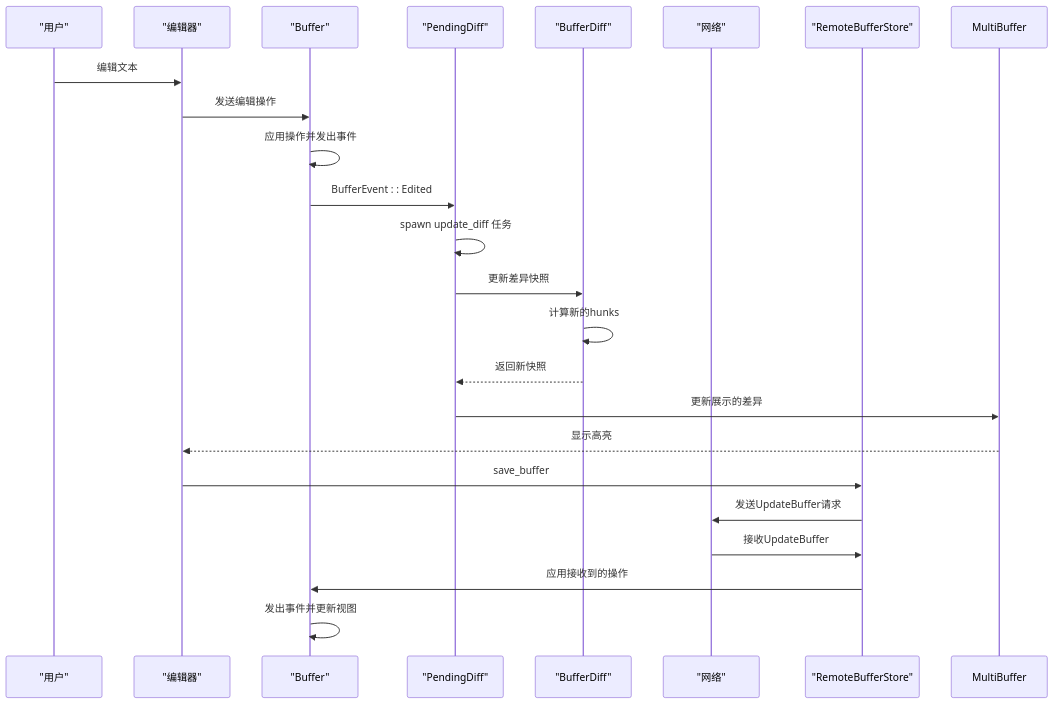
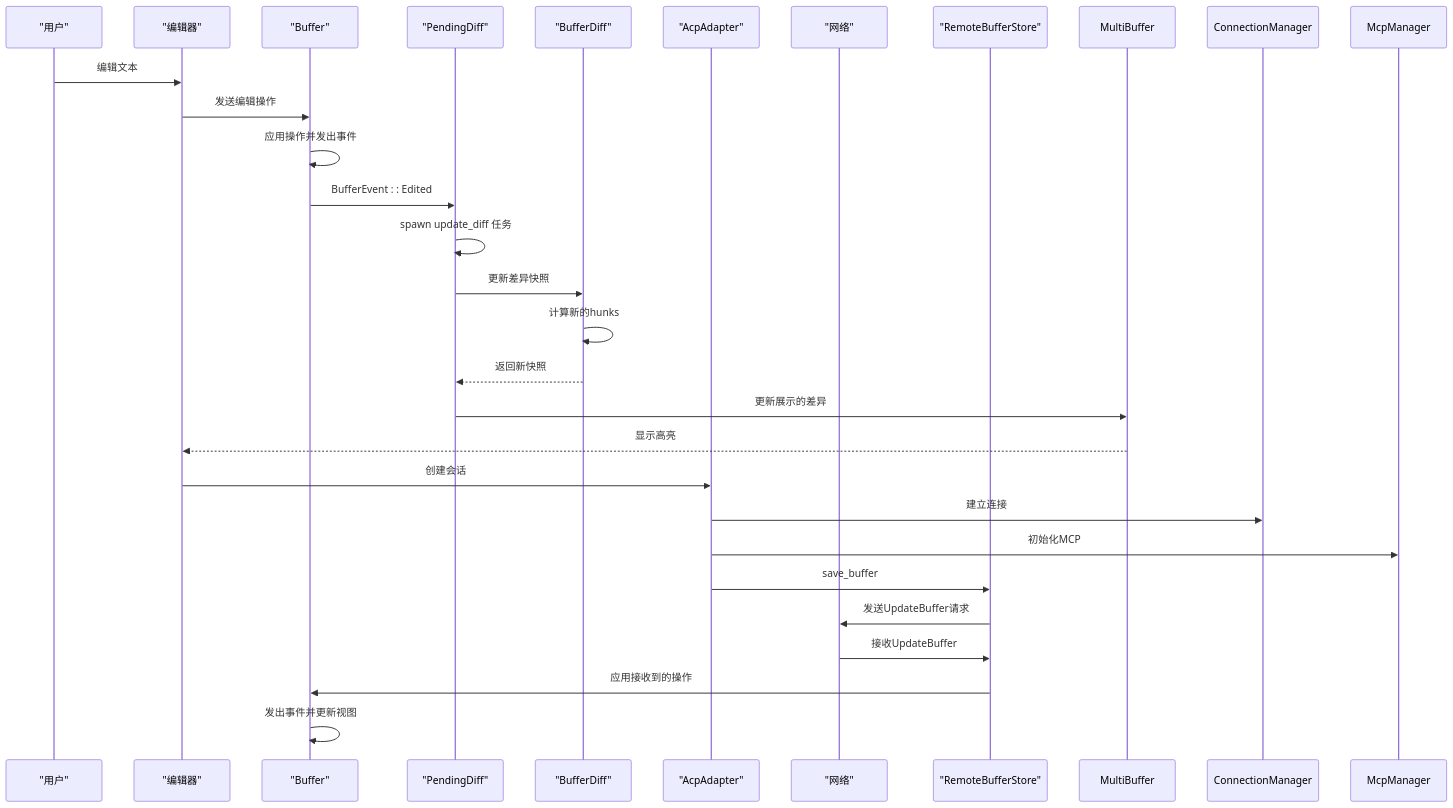
The second of 6 diagrams in .qoder/repowiki/zh/content/ACP协议实现/差分同步机制.md (nuwax-ai/rcoder), drawn with Mermaid before and after one commit. The commit also changed other lines of this file and 85 other files, not shown here.

First line of the commit message:
refactor(acp_adapter): 重构会话管理及连接模块以替代旧实现

````diff
--- a/.qoder/repowiki/zh/content/ACP协议实现/差分同步机制.md
+++ b/.qoder/repowiki/zh/content/ACP协议实现/差分同步机制.md
@@ -58,25 +83,29 @@
 ```mermaid
 sequenceDiagram
 participant User as "用户"
 participant Editor as "编辑器"
 participant Buffer as "Buffer"
 participant PendingDiff as "PendingDiff"
 participant BufferDiff as "BufferDiff"
+participant AcpAdapter as "AcpAdapter"
 participant Network as "网络"
 participant RemoteBufferStore as "RemoteBufferStore"
 User->>Editor : 编辑文本
 Editor->>Buffer : 发送编辑操作
 Buffer->>Buffer : 应用操作并发出事件
 Buffer->>PendingDiff : BufferEvent : : Edited
 PendingDiff->>PendingDiff : spawn update_diff 任务
 PendingDiff->>BufferDiff : 更新差异快照
 BufferDiff->>BufferDiff : 计算新的hunks
 BufferDiff-->>PendingDiff : 返回新快照
 PendingDiff->>MultiBuffer : 更新展示的差异
 MultiBuffer-->>Editor : 显示高亮
-Editor->>RemoteBufferStore : save_buffer
+Editor->>AcpAdapter : 创建会话
+AcpAdapter->>ConnectionManager : 建立连接
+AcpAdapter->>McpManager : 初始化MCP
+AcpAdapter->>RemoteBufferStore : save_buffer
 RemoteBufferStore->>Network : 发送UpdateBuffer请求
 Network->>RemoteBufferStore : 接收UpdateBuffer
 RemoteBufferStore->>Buffer : 应用接收到的操作
 Buffer->>Buffer : 发出事件并更新视图
 ```
````
